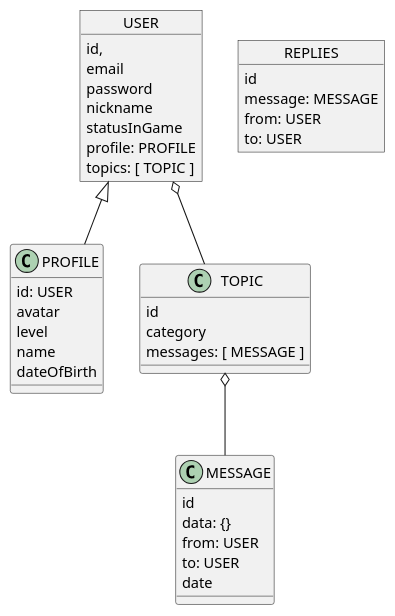
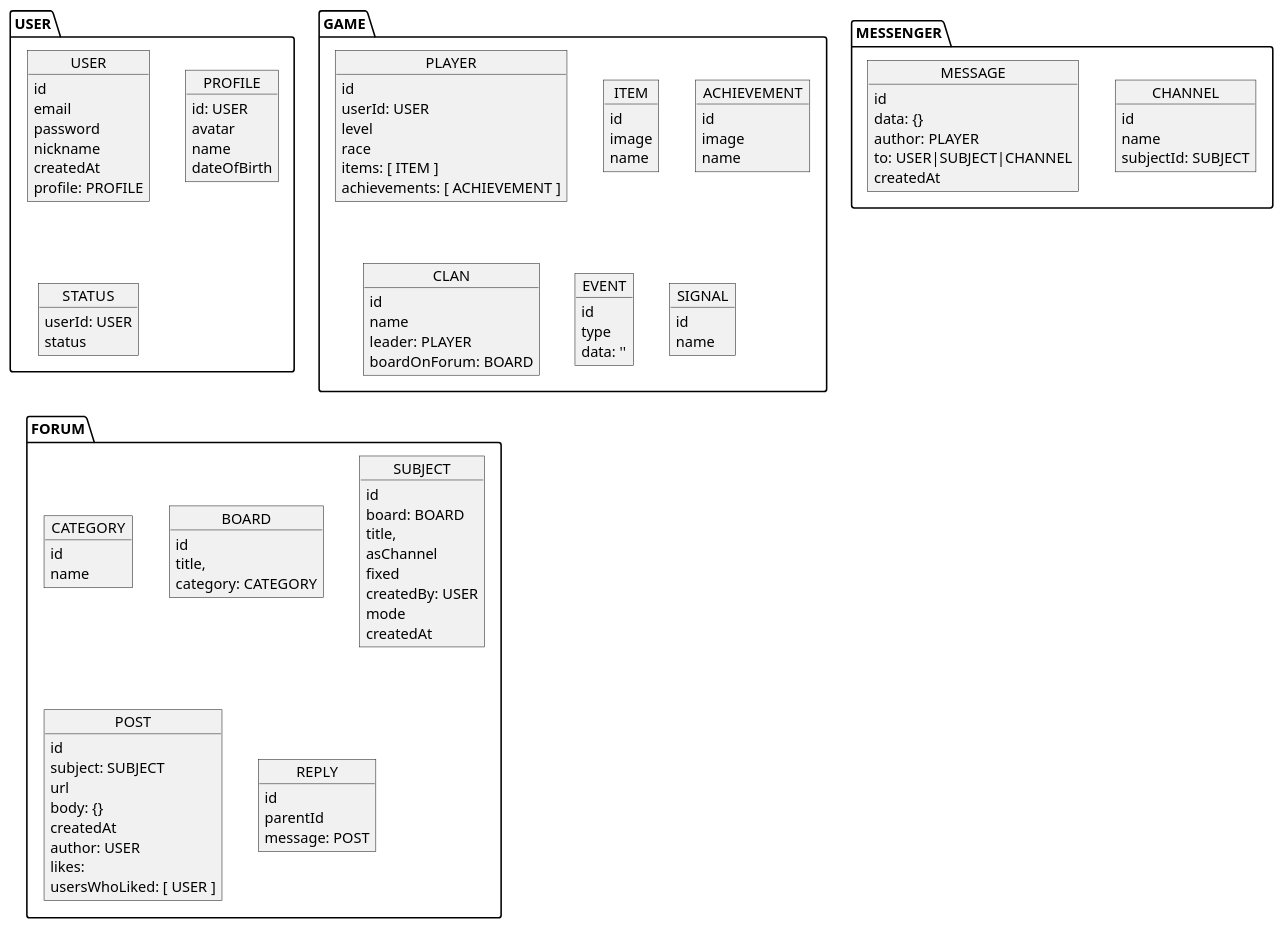
Before and after one commit to Cersley/learning: the diagram in database.pu, drawn with PlantUML. The commit also changed 8 other files, not shown here.

Commit message:
- update database - add big-view diagram - put it all together in md file

```diff
--- a/database.pu
+++ b/database.pu
@@ -1,49 +1,126 @@
 @startuml
 
-object USER {
-  id,
-  email
-  password
-  nickname
-  statusInGame
+namespace USER {
+  object USER {
+    id
+    email
+    password
+    nickname
+    createdAt
 
-  profile: PROFILE
+    profile: PROFILE
+  }
 
-  topics: [ TOPIC ]
+  object PROFILE {
+    id: USER
+    avatar /' url '/
+    name
+    dateOfBirth
+  }
+
+  object STATUS {
+    userId: USER
+    status
+  }
 }
 
-USER <|-- PROFILE
-USER o-- TOPIC
+namespace GAME {
+  object PLAYER {
+    id
+    userId: USER
+    level
+    race
+    items: [ ITEM ] /' in game items '/
+    achievements: [ ACHIEVEMENT ]
+  }
 
-object PROFILE {
-  id: USER
-  avatar
-  level
-  name
-  dateOfBirth
+  object ITEM {
+    id
+    image /' url '/
+    name
+  }
+
+  object ACHIEVEMENT {
+    id
+    image /' url '/
+    name
+  }
+
+  object CLAN {
+    id
+    name
+    leader: PLAYER
+    boardOnForum: BOARD
+  }
+
+  object EVENT {
+    id
+    type
+    data: ''
+  }
+  
+  object SIGNAL {
+    id
+    name
+  }
+
 }
 
-object TOPIC {
-  id
-  category
-  messages: [ MESSAGE ]
+namespace FORUM {
+  object CATEGORY {
+    id
+    name
+  }
+
+  object BOARD {
+    id
+    title,
+    category: CATEGORY
+  }
+
+  object SUBJECT {
+    id
+    board: BOARD
+    title,
+    asChannel
+    fixed /' featured '/
+    createdBy: USER
+    mode /' readonly | normal '/
+    createdAt
+  }
+
+  object POST {
+    id
+    subject: SUBJECT
+    url /' link to the post '/
+    body: {} /' internal '/
+    createdAt
+    author: USER
+    likes: /' count '/
+    usersWhoLiked: [ USER ]
+  }
+
+  object REPLY {
+    id
+    parentId
+    message: POST
+  }
 }
 
-TOPIC o-- MESSAGE
+namespace MESSENGER {
+  object CHANNEL {
+    id
+    name
+    subjectId: SUBJECT
+  }
 
-object MESSAGE {
-  id
-  data: {}
-  from: USER
-  to: USER
-  date
-}
-
-object REPLIES {
-  id
-  message: MESSAGE
-  from: USER
-  to: USER
+  object MESSAGE {
+    id
+    data: {} /' internal '/
+    author: PLAYER
+    to: USER|SUBJECT|CHANNEL
+    createdAt
+  }
 }
 
 @enduml
```
